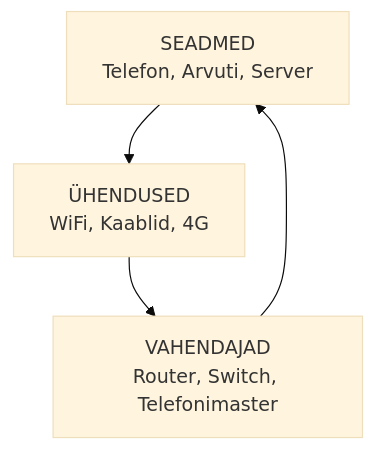
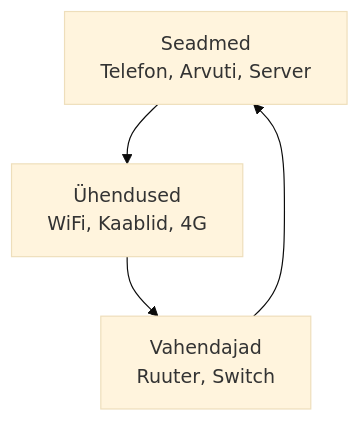
The second of 11 diagrams in Lecture/loeng1_slaidid.md (mtalvik/av_alused), drawn with Mermaid (base theme) before and after one commit. The commit also changed other lines of this file and 2 other files, not shown here.

````diff
--- a/Lecture/loeng1_slaidid.md
+++ b/Lecture/loeng1_slaidid.md
@@ -62,6 +63,6 @@
 ```mermaid
 graph TD
-    A[SEADMED<br/>Telefon, Arvuti, Server] --> B[ÜHENDUSED<br/>WiFi, Kaablid, 4G]
-    B --> C[VAHENDAJAD<br/>Router, Switch, Telefonimaster]
+    A[Seadmed<br/>Telefon, Arvuti, Server] --> B[Ühendused<br/>WiFi, Kaablid, 4G]
+    B --> C[Vahendajad<br/>Ruuter, Switch]
     C --> A
 ```
````
